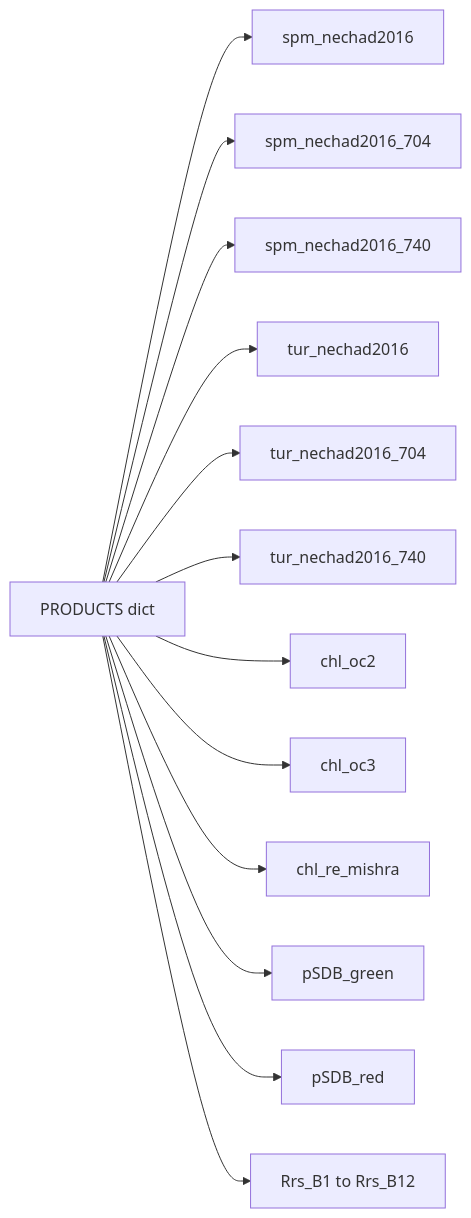
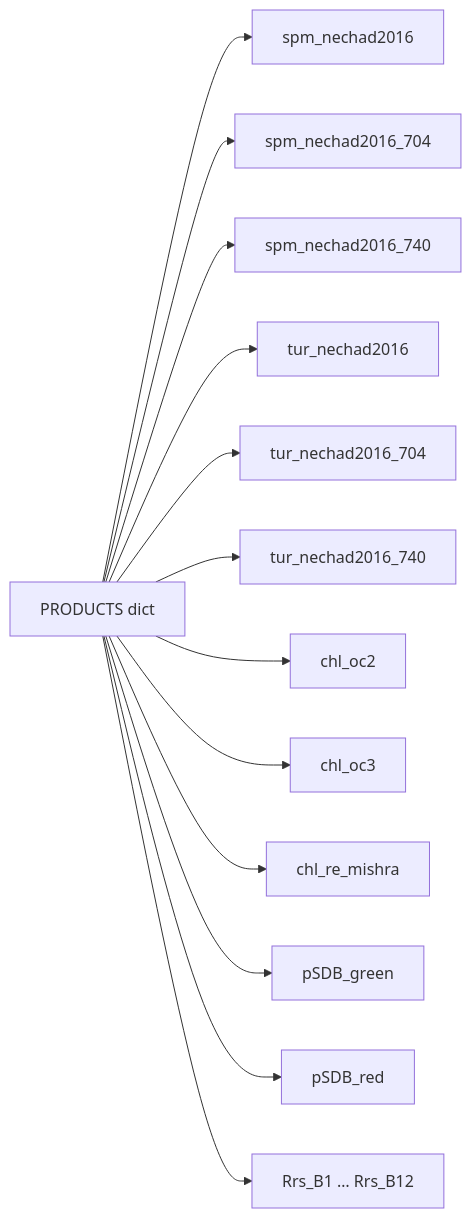
The fifth of 6 diagrams in docs/architecture/class_diagram.md (Aouei/gee_acolite), drawn with Mermaid before and after one commit. The commit also changed other lines of this file and 6 other files, not shown here.

````diff
--- a/docs/architecture/class_diagram.md
+++ b/docs/architecture/class_diagram.md
@@ -134,16 +229,16 @@
 ```mermaid
 graph LR
     P["PRODUCTS dict"]
     P --> A[spm_nechad2016]
     P --> B[spm_nechad2016_704]
     P --> C[spm_nechad2016_740]
     P --> D[tur_nechad2016]
     P --> E[tur_nechad2016_704]
     P --> F[tur_nechad2016_740]
     P --> G[chl_oc2]
     P --> H[chl_oc3]
     P --> I[chl_re_mishra]
     P --> J[pSDB_green]
     P --> K[pSDB_red]
-    P --> L["Rrs_B1 to Rrs_B12"]
+    P --> L["Rrs_B1 … Rrs_B12"]
 ```
````
